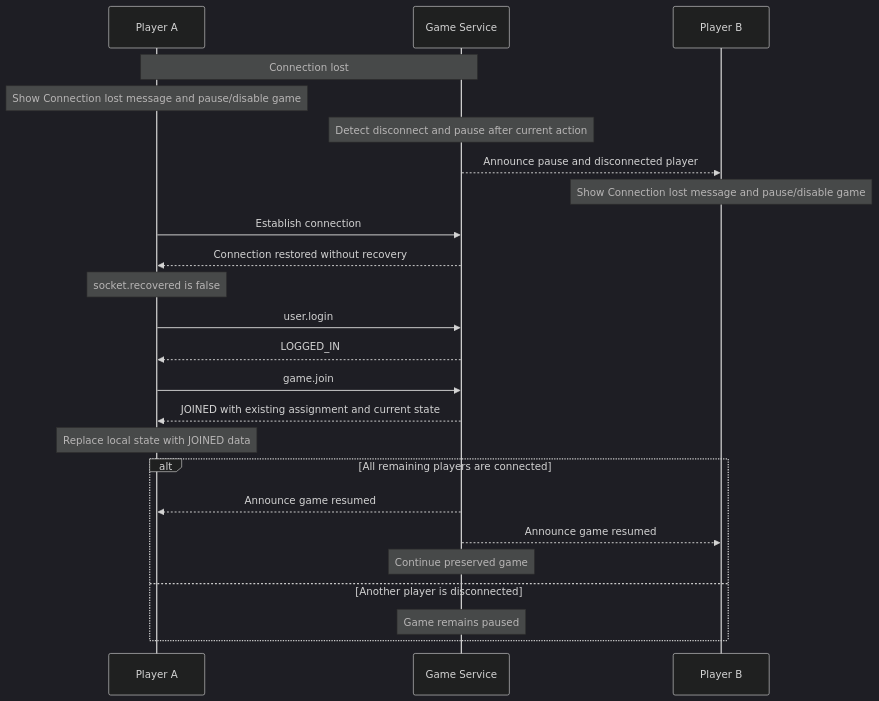
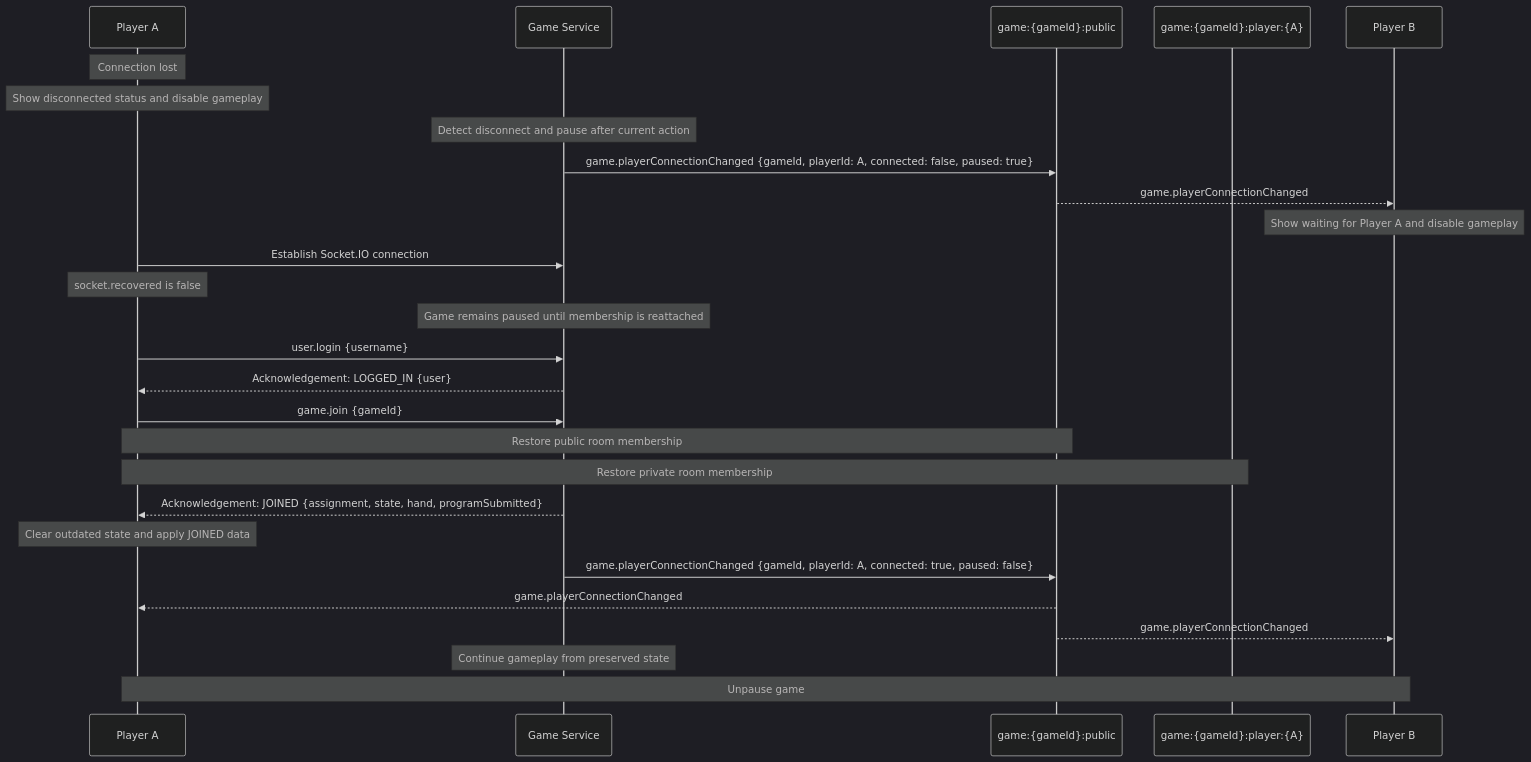
Before and after one commit to hananinas/RoboRally: the fourth of 4 diagrams in docs/Communication.md, drawn with Mermaid (dark theme). The commit also changed other lines of this file, not shown here.

Commit message:
docs: update sequence diagrams with asyncapi messages

````diff
--- a/docs/Communication.md
+++ b/docs/Communication.md
@@ -263,31 +265,36 @@
 ```mermaid
 sequenceDiagram
     participant A as Player A
     participant S as Game Service
+    participant Public as game:{gameId}:public
+    participant PrivateA as game:{gameId}:player:{A}
     participant B as Player B
 
-    Note over A,S: Connection lost
-    Note over A:  Show Connection lost message and pause/disable game
+    Note over A: Connection lost
+    Note over A: Show disconnected status and disable gameplay
     Note over S: Detect disconnect and pause after current action
-    S-->>B: Announce pause and disconnected player
-    Note over B:  Show Connection lost message and pause/disable game
 
-    A->>S: Establish connection
-    S-->>A: Connection restored without recovery
+    S->>Public: game.playerConnectionChanged {gameId, playerId: A, connected: false, paused: true}
+    Public-->>B: game.playerConnectionChanged
+    Note over B: Show waiting for Player A and disable gameplay
+
+    A->>S: Establish Socket.IO connection
     Note over A: socket.recovered is false
+    Note over S: Game remains paused until membership is reattached
 
-    A->>S: user.login
-    S-->>A: LOGGED_IN
-    A->>S: game.join
-    S-->>A: JOINED with existing assignment and current state
-    Note over A: Replace local state with JOINED data
+    A->>S: user.login {username}
+    S-->>A: Acknowledgement: LOGGED_IN {user}
+    A->>S: game.join {gameId}
+    Note over A,Public: Restore public room membership
+    Note over A,PrivateA: Restore private room membership
 
-    alt All remaining players are connected
-        S-->>A: Announce game resumed
-        S-->>B: Announce game resumed
-        Note over S: Continue preserved game
-    else Another player is disconnected
-        Note over S: Game remains paused
-    end
+    S-->>A: Acknowledgement: JOINED {assignment, state, hand, programSubmitted}
+    Note over A: Clear outdated state and apply JOINED data
 
+    S->>Public: game.playerConnectionChanged {gameId, playerId: A, connected: true, paused: false}
+    Public-->>A: game.playerConnectionChanged
+    Public-->>B: game.playerConnectionChanged
+
+    Note over S: Continue gameplay from preserved state
+    Note over A,B: Unpause game
 ```
````
